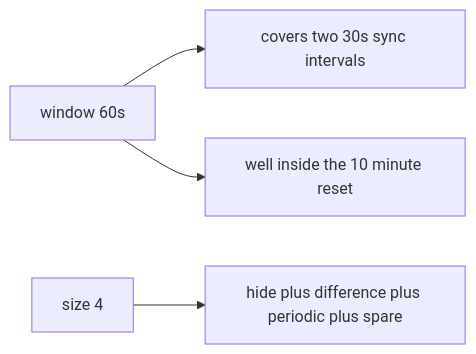
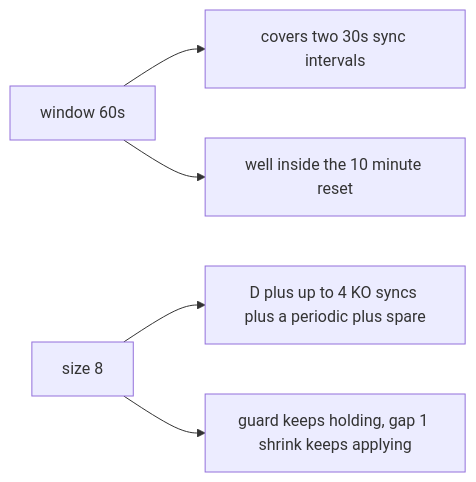
Before and after one commit to cliffe/BreakEscape: the fourth of 5 diagrams in docs/achitechture/SYNC_STALE_RING_PLAN.md, drawn with Mermaid. The commit also changed other lines of this file, not shown here.

````diff
--- a/docs/achitechture/SYNC_STALE_RING_PLAN.md
+++ b/docs/achitechture/SYNC_STALE_RING_PLAN.md
@@ -521,6 +725,7 @@
 ```mermaid
 flowchart LR
   A[window 60s] --> B[covers two 30s sync intervals]
   A --> C[well inside the 10 minute reset]
-  D[size 4] --> E[hide plus difference plus periodic plus spare]
+  D[size 8] --> E[D plus up to 4 KO syncs plus a periodic plus spare]
+  D --> F[guard keeps holding, gap 1 shrink keeps applying]
 ```
````
